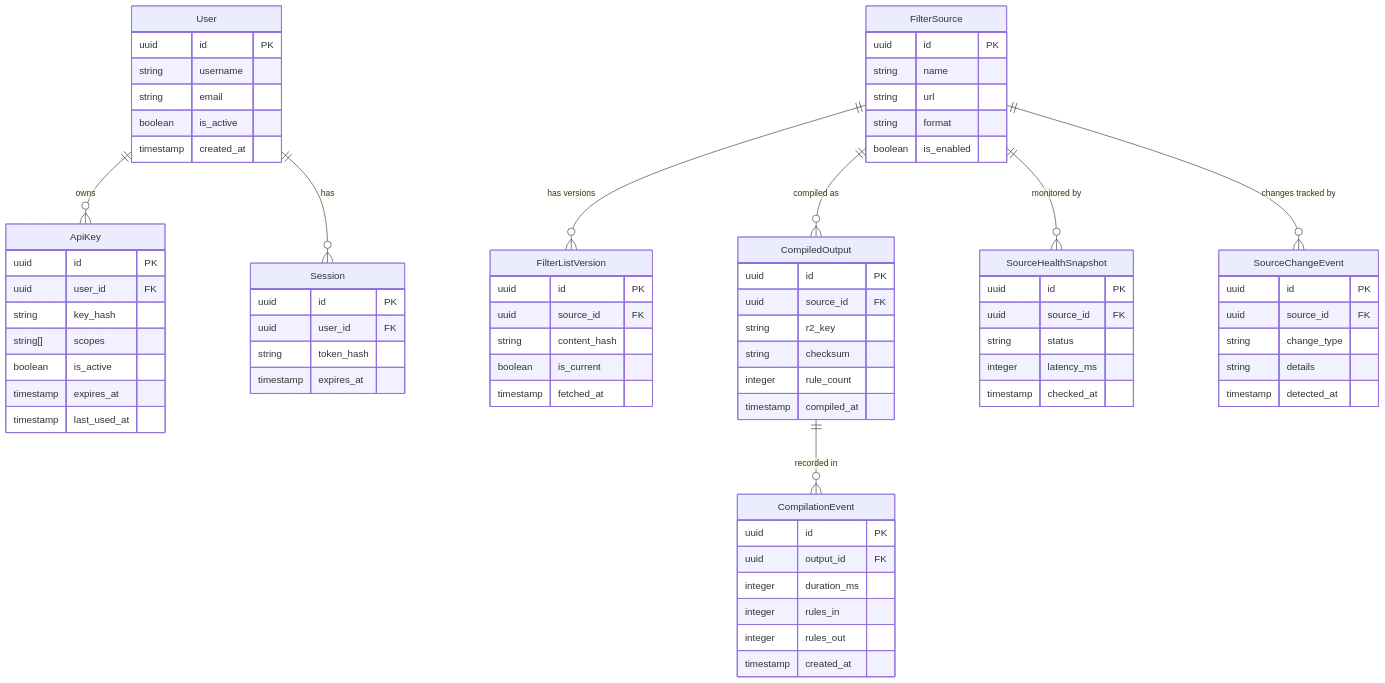
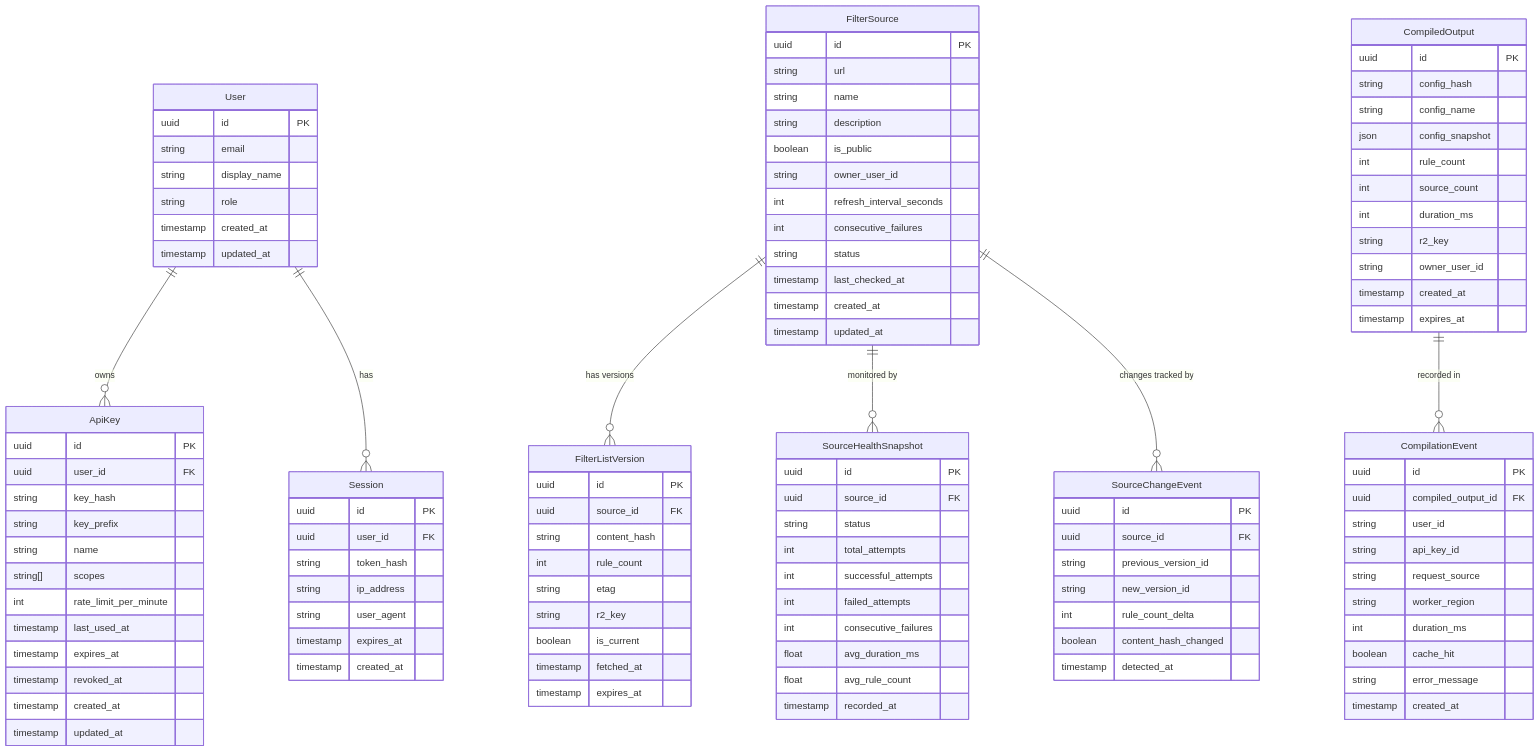
Before and after one commit to AdguardTeam/HostlistCompiler: the ninth of 9 diagrams in docs/database-setup/DATABASE_ARCHITECTURE.md, drawn with Mermaid. The commit also changed other lines of this file, not shown here.

Commit message:
docs: fix DATABASE_ARCHITECTURE.md diagrams to match actual implementation

```diff
--- a/docs/database-setup/DATABASE_ARCHITECTURE.md
+++ b/docs/database-setup/DATABASE_ARCHITECTURE.md
@@ -238,60 +287,89 @@
 erDiagram
     User {
         uuid id PK
-        string username
         string email
-        boolean is_active
+        string display_name
+        string role
         timestamp created_at
+        timestamp updated_at
     }
 
     ApiKey {
         uuid id PK
         uuid user_id FK
         string key_hash
+        string key_prefix
+        string name
         string[] scopes
-        boolean is_active
+        int rate_limit_per_minute
+        timestamp last_used_at
         timestamp expires_at
-        timestamp last_used_at
+        timestamp revoked_at
+        timestamp created_at
+        timestamp updated_at
     }
 
     Session {
         uuid id PK
         uuid user_id FK
         string token_hash
+        string ip_address
+        string user_agent
         timestamp expires_at
+        timestamp created_at
     }
 
     FilterSource {
         uuid id PK
+        string url
         string name
-        string url
-        string format
-        boolean is_enabled
+        string description
+        boolean is_public
+        string owner_user_id
+        int refresh_interval_seconds
+        int consecutive_failures
+        string status
+        timestamp last_checked_at
+        timestamp created_at
+        timestamp updated_at
     }
 
     FilterListVersion {
         uuid id PK
         uuid source_id FK
         string content_hash
+        int rule_count
+        string etag
+        string r2_key
         boolean is_current
         timestamp fetched_at
+        timestamp expires_at
     }
 
     CompiledOutput {
         uuid id PK
-        uuid source_id FK
+        string config_hash
+        string config_name
+        json config_snapshot
+        int rule_count
+        int source_count
+        int duration_ms
         string r2_key
-        string checksum
-        integer rule_count
-        timestamp compiled_at
+        string owner_user_id
+        timestamp created_at
+        timestamp expires_at
     }
 
     CompilationEvent {
         uuid id PK
-        uuid output_id FK
-        integer duration_ms
-        integer rules_in
-        integer rules_out
+        uuid compiled_output_id FK
+        string user_id
+        string api_key_id
+        string request_source
+        string worker_region
+        int duration_ms
+        boolean cache_hit
+        string error_message
         timestamp created_at
     }
 
@@ -299,22 +377,28 @@
         uuid id PK
         uuid source_id FK
         string status
-        integer latency_ms
-        timestamp checked_at
+        int total_attempts
+        int successful_attempts
+        int failed_attempts
+        int consecutive_failures
+        float avg_duration_ms
+        float avg_rule_count
+        timestamp recorded_at
     }
 
     SourceChangeEvent {
         uuid id PK
         uuid source_id FK
-        string change_type
-        string details
+        string previous_version_id
+        string new_version_id
+        int rule_count_delta
+        boolean content_hash_changed
         timestamp detected_at
     }
 
     User ||--o{ ApiKey : "owns"
     User ||--o{ Session : "has"
     FilterSource ||--o{ FilterListVersion : "has versions"
-    FilterSource ||--o{ CompiledOutput : "compiled as"
     FilterSource ||--o{ SourceHealthSnapshot : "monitored by"
     FilterSource ||--o{ SourceChangeEvent : "changes tracked by"
     CompiledOutput ||--o{ CompilationEvent : "recorded in"
```
